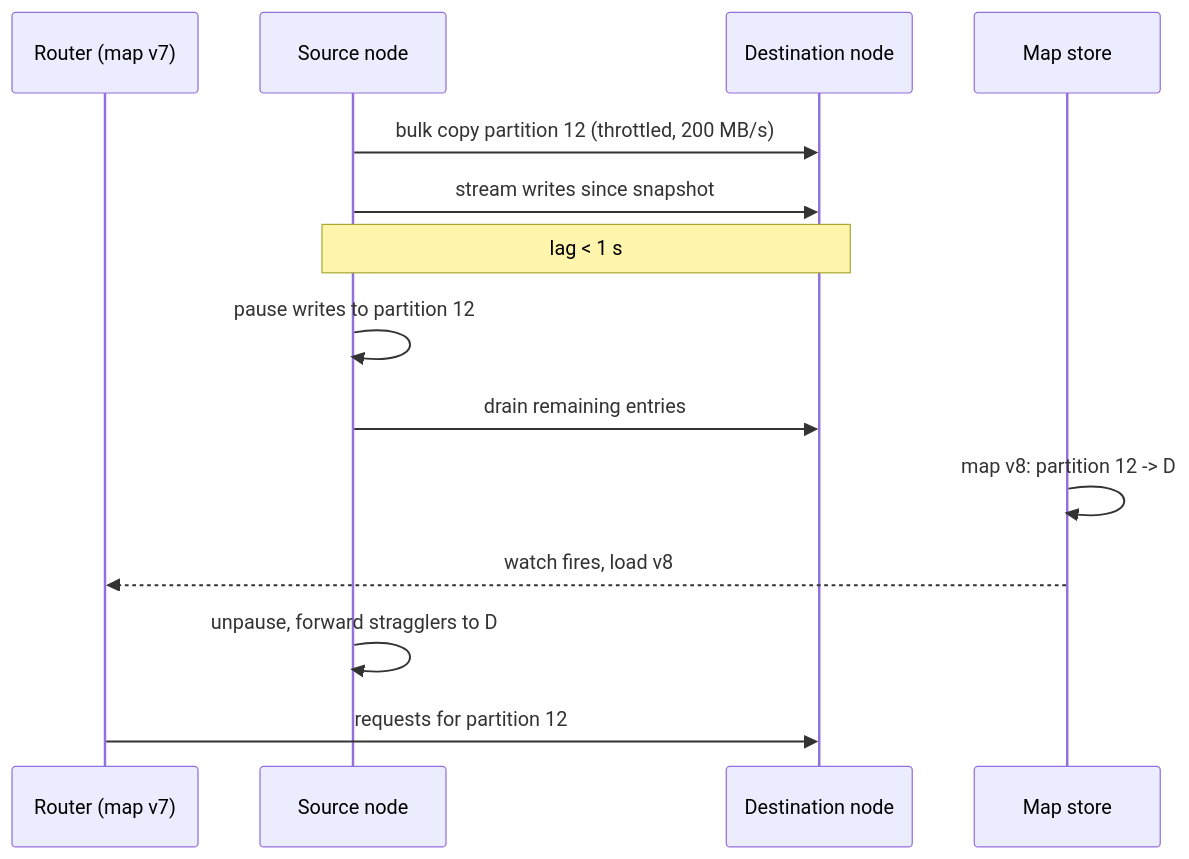
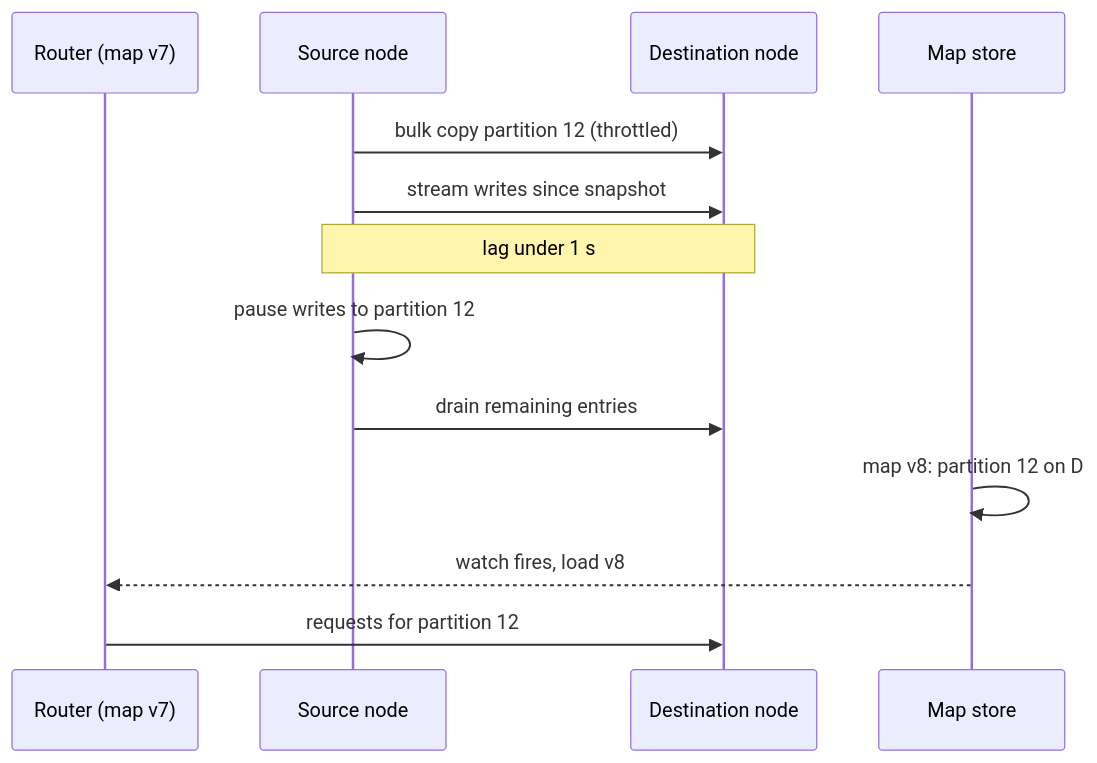
One commit to thull32/ascend changed the diagram in content/tracks/09-system-design/02-distributed-systems/06-partitioning-and-rebalancing.md. Above: the diagram before and after it, drawn with Mermaid. The commit also changed other lines of this file and 11 other files, not shown here.

````diff
--- a/content/tracks/09-system-design/02-distributed-systems/06-partitioning-and-rebalancing.md
+++ b/content/tracks/09-system-design/02-distributed-systems/06-partitioning-and-rebalancing.md
@@ -104,16 +100,15 @@
 ```mermaid
 sequenceDiagram
     participant R as Router (map v7)
     participant S as Source node
     participant D as Destination node
     participant M as Map store
-    S->>D: bulk copy partition 12 (throttled, 200 MB/s)
+    S->>D: bulk copy partition 12 (throttled)
     S->>D: stream writes since snapshot
-    Note over S,D: lag < 1 s
+    Note over S,D: lag under 1 s
     S->>S: pause writes to partition 12
     S->>D: drain remaining entries
-    M->>M: map v8: partition 12 -> D
+    M->>M: map v8: partition 12 on D
     M-->>R: watch fires, load v8
-    S->>S: unpause, forward stragglers to D
     R->>D: requests for partition 12
 ```
````
